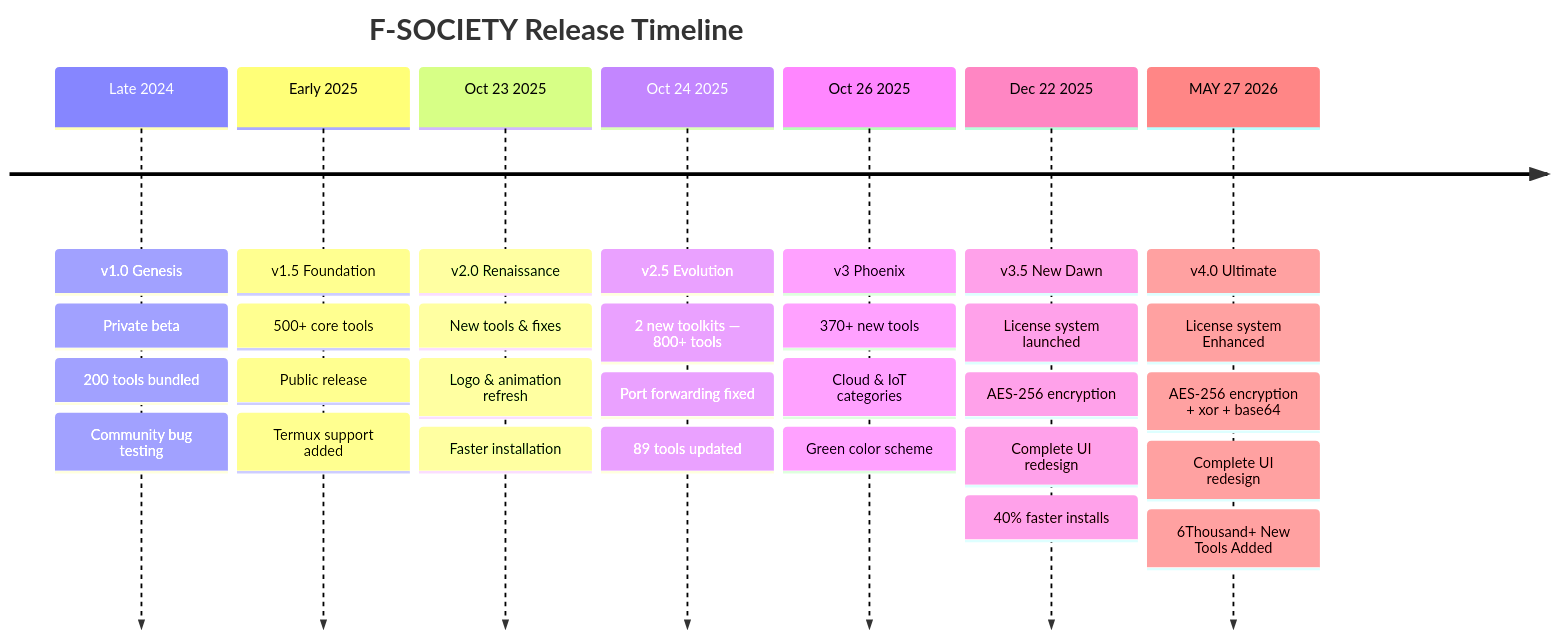
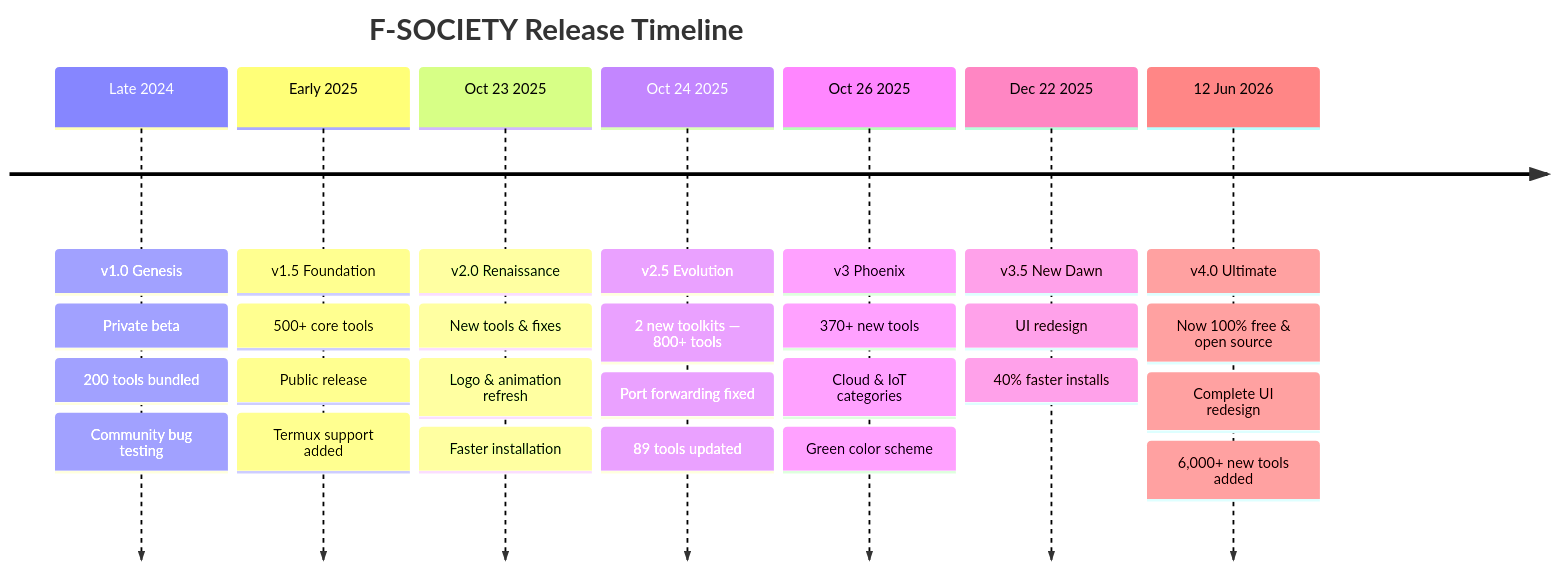
One commit to Athexblackhat/F-SOCIETY changed the fifth of 5 diagrams in README.md. Above: the diagram before and after it, drawn with Mermaid. The commit also changed other lines of this file, not shown here.

````diff
--- a/README.md
+++ b/README.md
@@ -409,34 +352,31 @@
 ```mermaid
 timeline
     title F-SOCIETY Release Timeline
     Late 2024  : v1.0 Genesis
                : Private beta
                : 200 tools bundled
                : Community bug testing
     Early 2025 : v1.5 Foundation
                : 500+ core tools
                : Public release
                : Termux support added
     Oct 23 2025 : v2.0 Renaissance
                 : New tools & fixes
                 : Logo & animation refresh
                 : Faster installation
     Oct 24 2025 : v2.5 Evolution
                 : 2 new toolkits — 800+ tools
                 : Port forwarding fixed
                 : 89 tools updated
     Oct 26 2025 : v3 Phoenix
                 : 370+ new tools
                 : Cloud & IoT categories
                 : Green color scheme
     Dec 22 2025 : v3.5 New Dawn
-                : License system launched
-                : AES-256 encryption
+                : UI redesign
+                : 40% faster installs
+    12 Jun 2026 : v4.0 Ultimate
+                : Now 100% free & open source
                 : Complete UI redesign
-                : 40% faster installs
-    MAY 27 2026 : v4.0 Ultimate
-                : License system Enhanced
-                : AES-256 encryption + xor + base64
-                : Complete UI redesign
-                : 6Thousand+ New Tools Added
+                : 6,000+ new tools added
 ```
````
